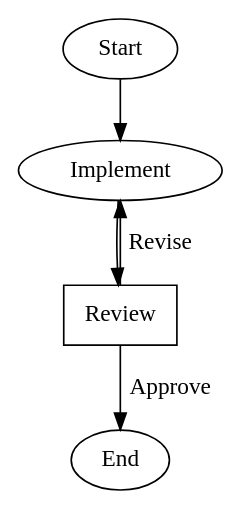
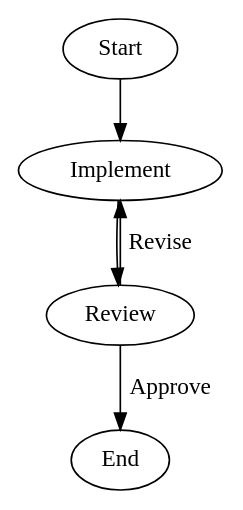
Before and after one commit to stencila/stencila: the third of 6 diagrams in site/docs/workflows/creating.md, drawn with Graphviz. The commit also changed other lines of this file and 20 other files, not shown here.

````diff
--- a/site/docs/workflows/creating.md
+++ b/site/docs/workflows/creating.md
@@ -493,12 +493,12 @@
 ```dot
 digraph code_generation {
   Start -> Implement
 
   Implement [workflow="code-implementation"]
   Implement -> Review
 
-  Review [shape=human]
+  Review [ask="Review the implementation"]
   Review -> End      [label="Approve"]
   Review -> Implement [label="Revise"]
 }
 ```
````
